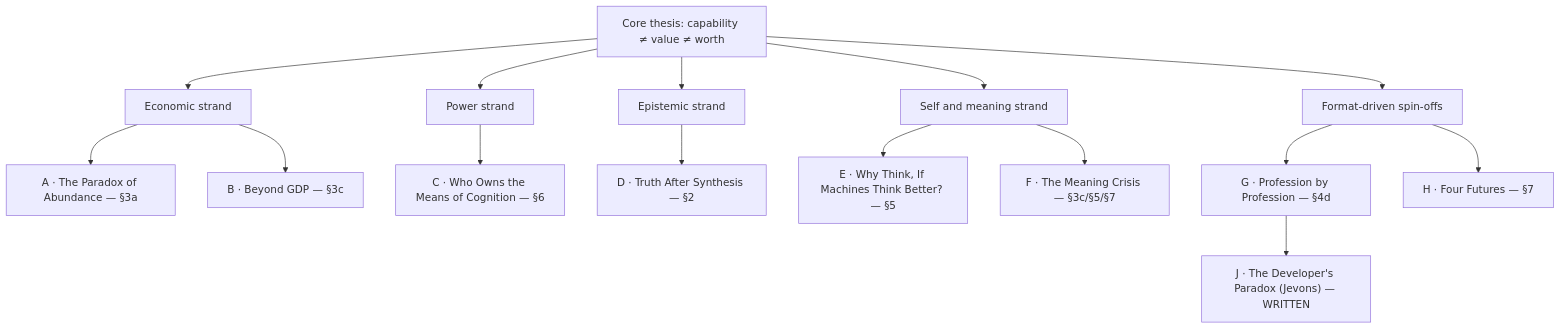
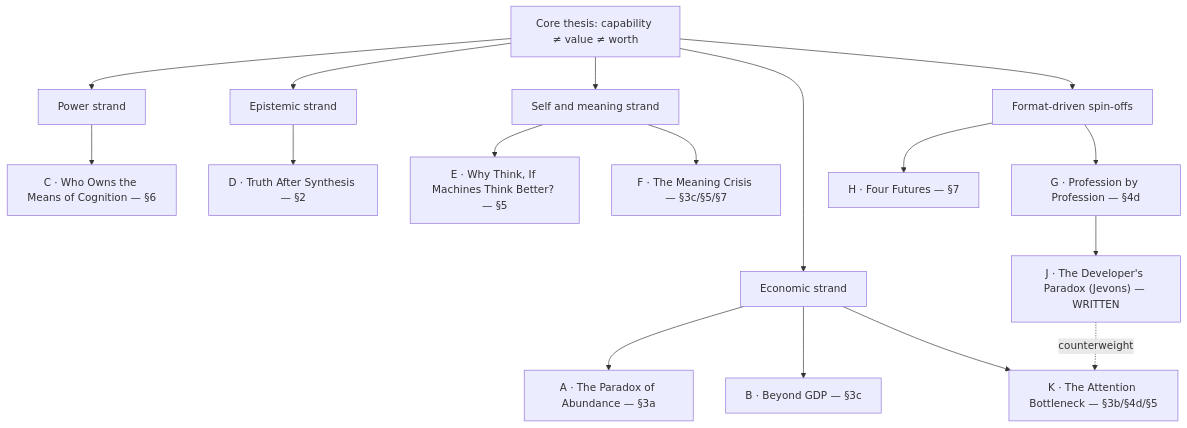
The first of 9 diagrams in essay-outline.md (ccabos/live-with-AI), drawn with Mermaid before and after one commit. The commit also changed other lines of this file and 5 other files, not shown here.

````diff
--- a/essay-outline.md
+++ b/essay-outline.md
@@ -402,18 +416,20 @@
 ```mermaid
 flowchart TD
     T["Core thesis: capability ≠ value ≠ worth"]
     T --> S1["Economic strand"]
     T --> S2["Power strand"]
     T --> S3["Epistemic strand"]
     T --> S4["Self and meaning strand"]
     T --> S5["Format-driven spin-offs"]
     S1 --> A["A · The Paradox of Abundance — §3a"]
     S1 --> B["B · Beyond GDP — §3c"]
     S2 --> C["C · Who Owns the Means of Cognition — §6"]
     S3 --> D["D · Truth After Synthesis — §2"]
     S4 --> E["E · Why Think, If Machines Think Better? — §5"]
     S4 --> F["F · The Meaning Crisis — §3c/§5/§7"]
     S5 --> G["G · Profession by Profession — §4d"]
     S5 --> H["H · Four Futures — §7"]
     G --> J["J · The Developer's Paradox (Jevons) — WRITTEN"]
+    S1 --> K["K · The Attention Bottleneck — §3b/§4d/§5"]
+    J -.->|"counterweight"| K
 ```
````
